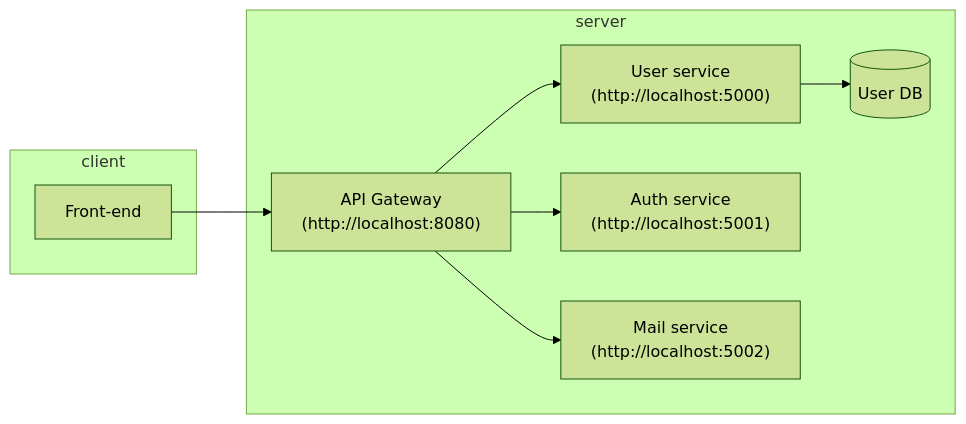
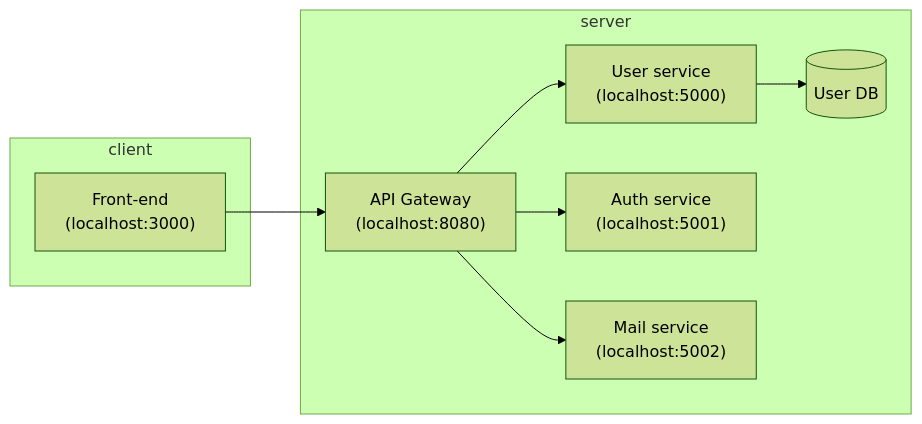
One commit to lngquoctrung/e-commerce-website changed the diagram in README.md. Above: the diagram before and after it, drawn with Mermaid (forest theme).

Commit message:
Update readme file, change the mermaid graph

````diff
--- a/README.md
+++ b/README.md
@@ -7,13 +7,13 @@
 ```mermaid
 graph LR
     subgraph client 
-        A[Front-end]
+        A["Front-end\n(localhost:3000)"]
     end
     
     subgraph server 
-        B["API Gateway\n(http://localhost:8080)"]-->C["User service\n(http://localhost:5000)"]-->D[("User DB")]
-        B-->E["Auth service\n(http://localhost:5001)"]
-        B-->F["Mail service \n(http://localhost:5002)"]
+        B["API Gateway\n(localhost:8080)"]-->C["User service\n(localhost:5000)"]-->D[("User DB")]
+        B-->E["Auth service\n(localhost:5001)"]
+        B-->F["Mail service \n(localhost:5002)"]
     end
     A --> B
 ```
````
